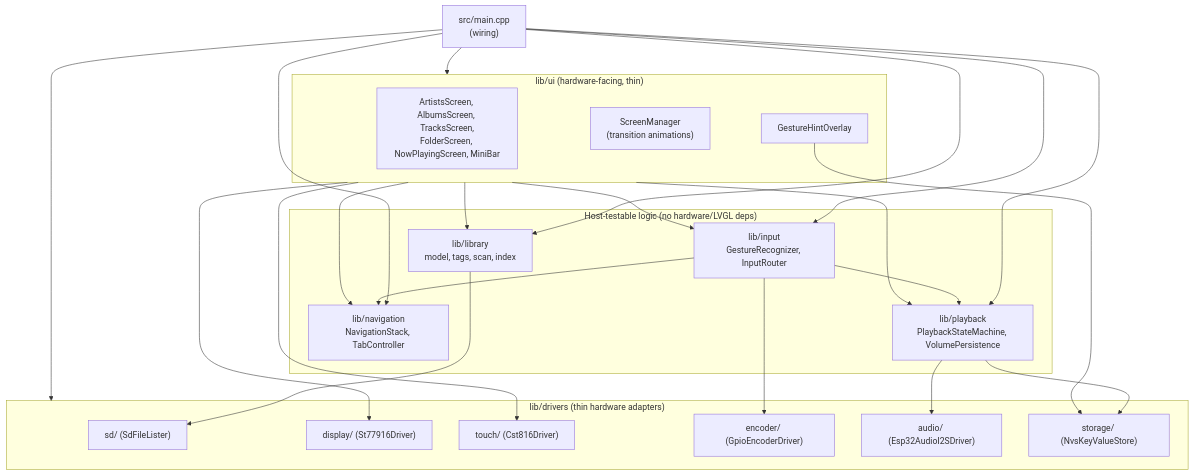
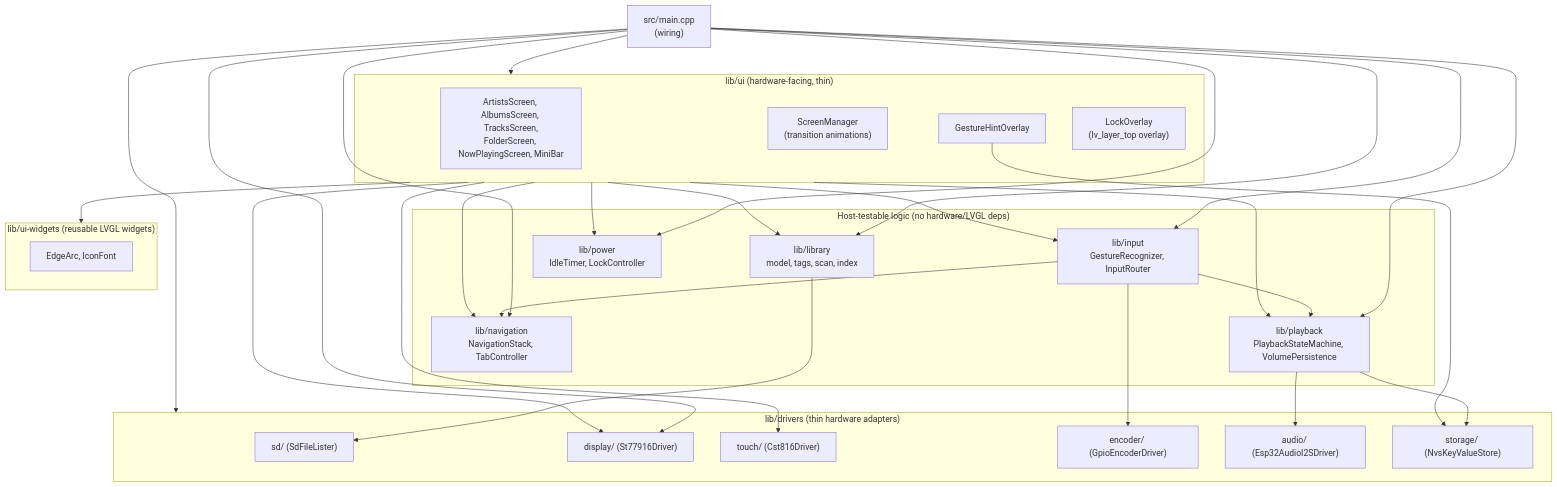
Before and after one commit to bjblazko/knobify: the second of 5 diagrams in docs/arc42/arc42.md, drawn with Mermaid. The commit also changed other lines of this file and 19 other files, not shown here.

First line of the commit message:
Add device lock, display power, and round-edge UI widgets (ADR 0005)

````diff
--- a/docs/arc42/arc42.md
+++ b/docs/arc42/arc42.md
@@ -86,44 +86,53 @@
 ```mermaid
 flowchart TB
     subgraph Logic["Host-testable logic (no hardware/LVGL deps)"]
         Nav["lib/navigation\nNavigationStack, TabController"]
         Lib["lib/library\nmodel, tags, scan, index"]
         Play["lib/playback\nPlaybackStateMachine, VolumePersistence"]
         Input["lib/input\nGestureRecognizer, InputRouter"]
+        Power["lib/power\nIdleTimer, LockController"]
     end
     subgraph UI["lib/ui (hardware-facing, thin)"]
         Screens["ArtistsScreen, AlbumsScreen, TracksScreen,\nFolderScreen, NowPlayingScreen, MiniBar"]
         ScreenMgr["ScreenManager\n(transition animations)"]
         Hint["GestureHintOverlay"]
+        LockUI["LockOverlay\n(lv_layer_top overlay)"]
+    end
+    subgraph Widgets["lib/ui-widgets (reusable LVGL widgets)"]
+        Arc["EdgeArc, IconFont"]
     end
     subgraph Drivers["lib/drivers (thin hardware adapters)"]
         SdDrv["sd/ (SdFileLister)"]
         DispDrv["display/ (St77916Driver)"]
         TouchDrv["touch/ (Cst816Driver)"]
         EncDrv["encoder/ (GpioEncoderDriver)"]
         AudioDrv["audio/ (Esp32AudioI2SDriver)"]
         NvsDrv["storage/ (NvsKeyValueStore)"]
     end
     Main["src/main.cpp\n(wiring)"]
 
     Main --> Nav
     Main --> Lib
     Main --> Play
     Main --> Input
+    Main --> Power
     Main --> UI
     Main --> Drivers
 
     Input --> Nav
     Input --> Play
     UI --> Nav
     UI --> Lib
     UI --> Play
     UI --> Input
+    UI --> Power
+    UI --> Widgets
     Lib --> SdDrv
     Play --> AudioDrv
     Play --> NvsDrv
     Hint --> NvsDrv
     UI --> DispDrv
     UI --> TouchDrv
     Input --> EncDrv
+    Main --> DispDrv
 ```
````
